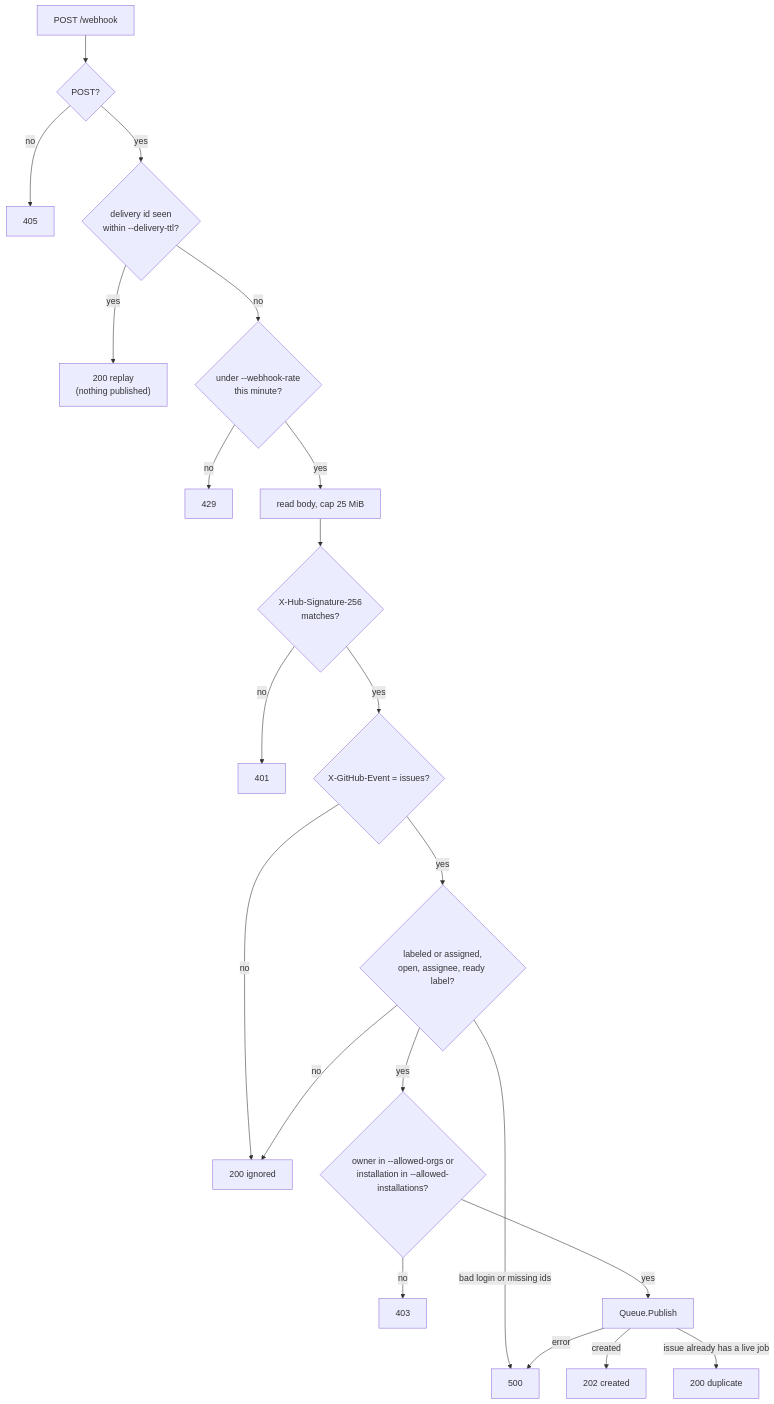
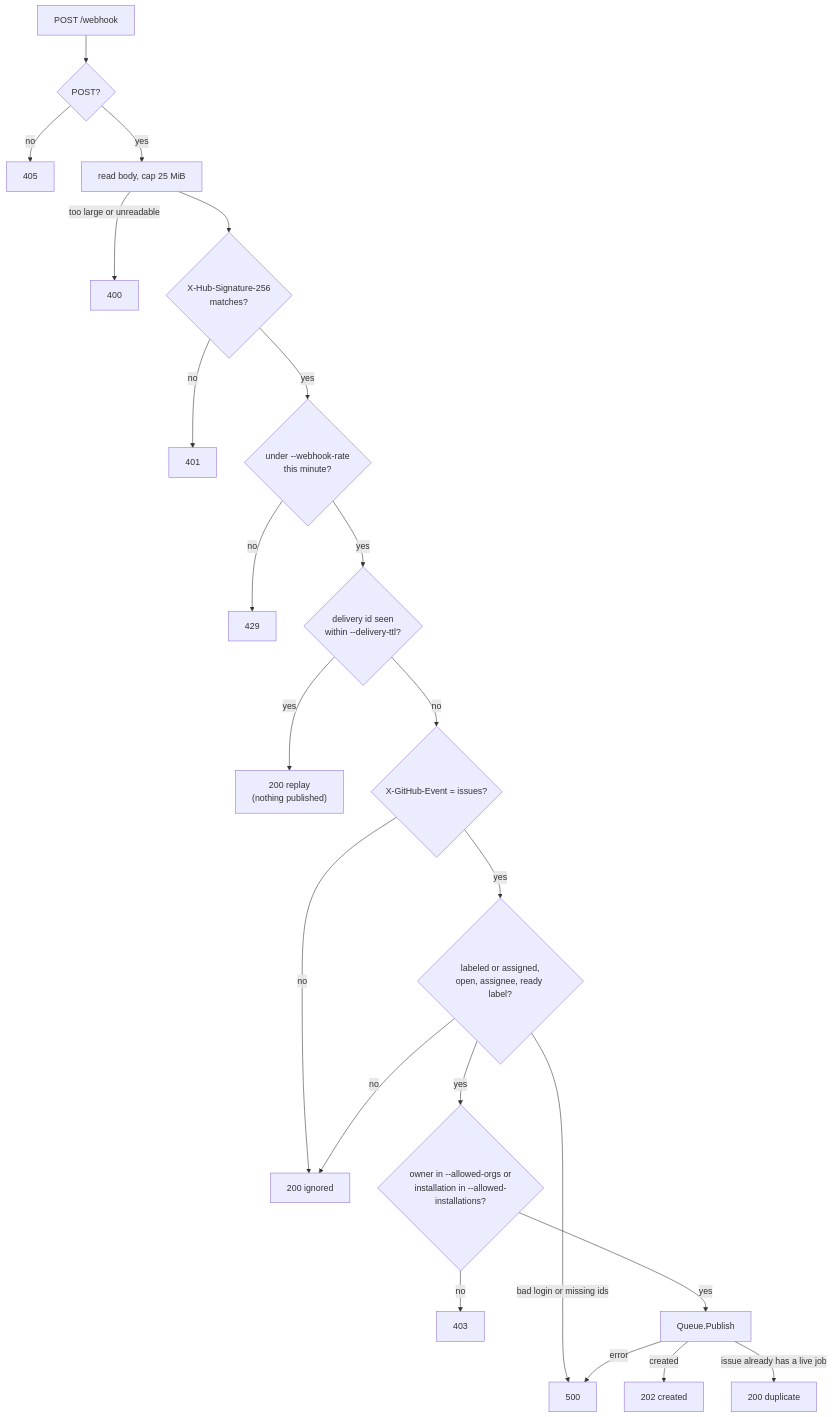
One commit to autobutler-org/schmeide changed the first of 2 diagrams in docs/architecture/control-node.md. Above: the diagram before and after it, drawn with Mermaid. The commit also changed other lines of this file and 17 other files, not shown here.

First line of the commit message:
check the webhook signature and rate limit before the replay check, and bound the status stream (#220)

````diff
--- a/docs/architecture/control-node.md
+++ b/docs/architecture/control-node.md
@@ -61,23 +62,24 @@
 ```mermaid
 flowchart TD
     req["POST /webhook"] --> method{"POST?"}
     method -- no --> m405["405"]
-    method -- yes --> replay{"delivery id seen<br/>within --delivery-ttl?"}
-    replay -- yes --> r200["200 replay<br/>(nothing published)"]
-    replay -- no --> rate{"under --webhook-rate<br/>this minute?"}
-    rate -- no --> r429["429"]
-    rate -- yes --> body["read body, cap 25 MiB"]
+    method -- yes --> body["read body, cap 25 MiB"]
+    body -- "too large or unreadable" --> r400["400"]
     body --> sig{"X-Hub-Signature-256<br/>matches?"}
     sig -- no --> r401["401"]
-    sig -- yes --> ev{"X-GitHub-Event = issues?"}
+    sig -- yes --> rate{"under --webhook-rate<br/>this minute?"}
+    rate -- no --> r429["429"]
+    rate -- yes --> replay{"delivery id seen<br/>within --delivery-ttl?"}
+    replay -- yes --> r200["200 replay<br/>(nothing published)"]
+    replay -- no --> ev{"X-GitHub-Event = issues?"}
     ev -- no --> ign["200 ignored"]
     ev -- yes --> job{"labeled or assigned,<br/>open, assignee, ready label?"}
     job -- no --> ign
     job -- "bad login or missing ids" --> r500["500"]
     job -- yes --> allow{"owner in --allowed-orgs or<br/>installation in --allowed-installations?"}
     allow -- no --> r403["403"]
     allow -- yes --> pub["Queue.Publish"]
     pub -- created --> r202["202 created"]
     pub -- "issue already has a live job" --> dup["200 duplicate"]
     pub -- error --> r500
 ```
````
